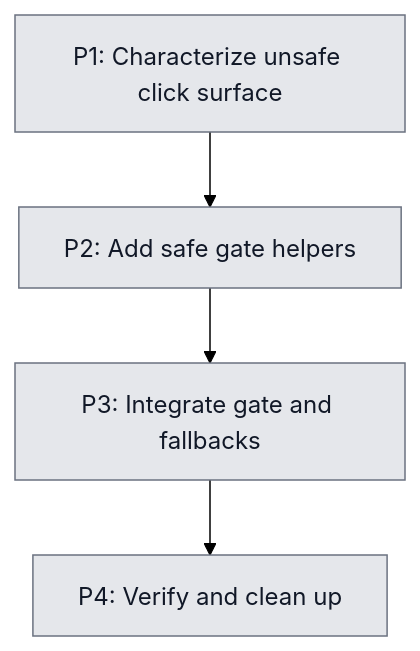
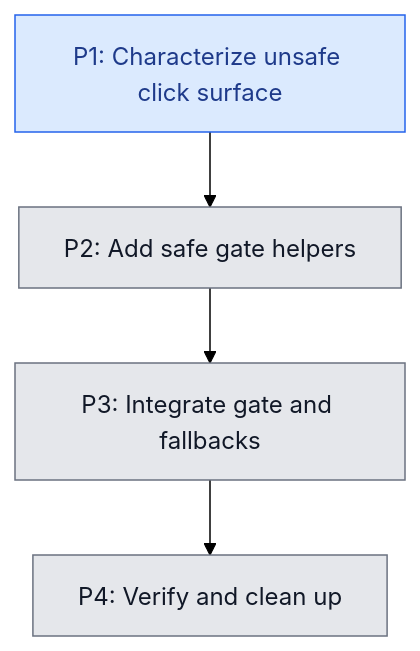
One commit to basedinfra/ytblocker changed the diagram in docs/flow/safe-dismissal-clicks.mmd. Above: the diagram before and after it, drawn with Mermaid (forest theme). The commit also changed 1 other file, not shown here.

Commit message:
docs(flow): safe-dismissal-clicks phase-1 in progress

```diff
--- a/docs/flow/safe-dismissal-clicks.mmd
+++ b/docs/flow/safe-dismissal-clicks.mmd
@@ -1,14 +1,14 @@
 graph TD
     classDef pending fill:#e5e7eb,stroke:#6b7280,color:#111827
     classDef inProgress fill:#dbeafe,stroke:#2563eb,color:#1e3a8a
     classDef inReview fill:#fef3c7,stroke:#d97706,color:#78350f
     classDef done fill:#d1fae5,stroke:#059669,color:#064e3b
 
-    phase-1["P1: Characterize unsafe click surface"]:::pending
+    phase-1["P1: Characterize unsafe click surface"]:::inProgress
     phase-2["P2: Add safe gate helpers"]:::pending
     phase-3["P3: Integrate gate and fallbacks"]:::pending
     phase-4["P4: Verify and clean up"]:::pending
 
     phase-1 --> phase-2
     phase-2 --> phase-3
     phase-3 --> phase-4
```
